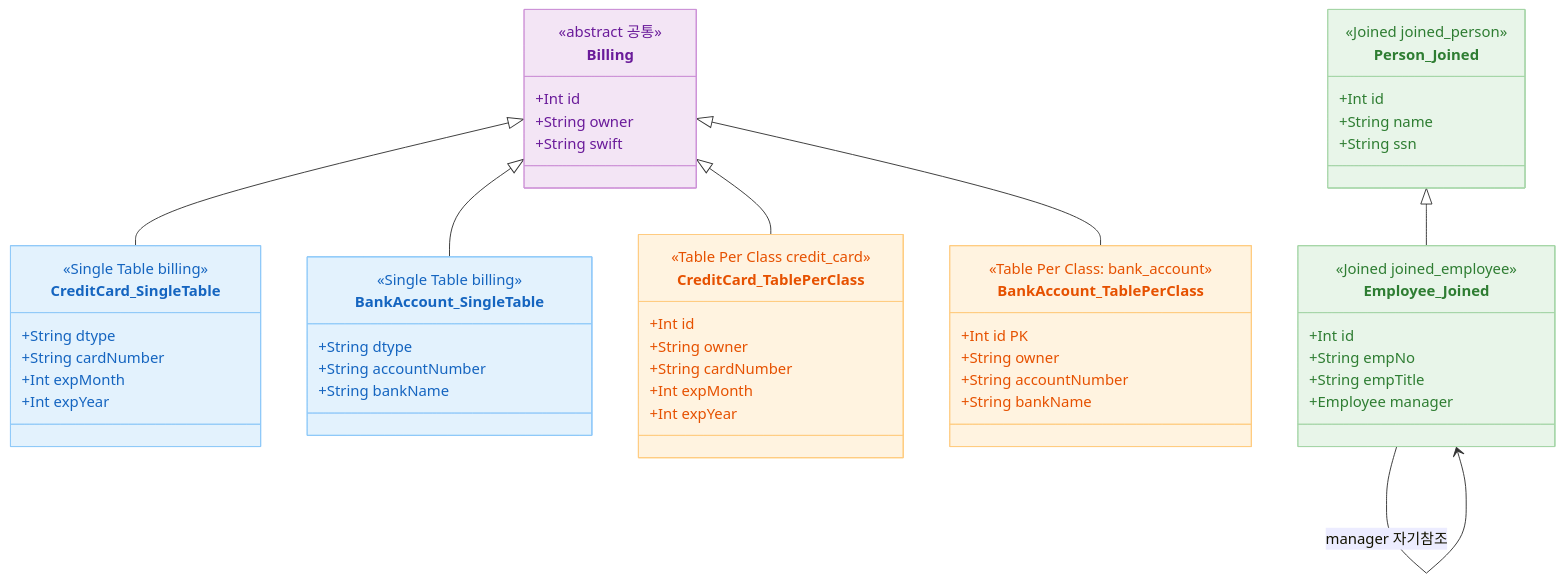
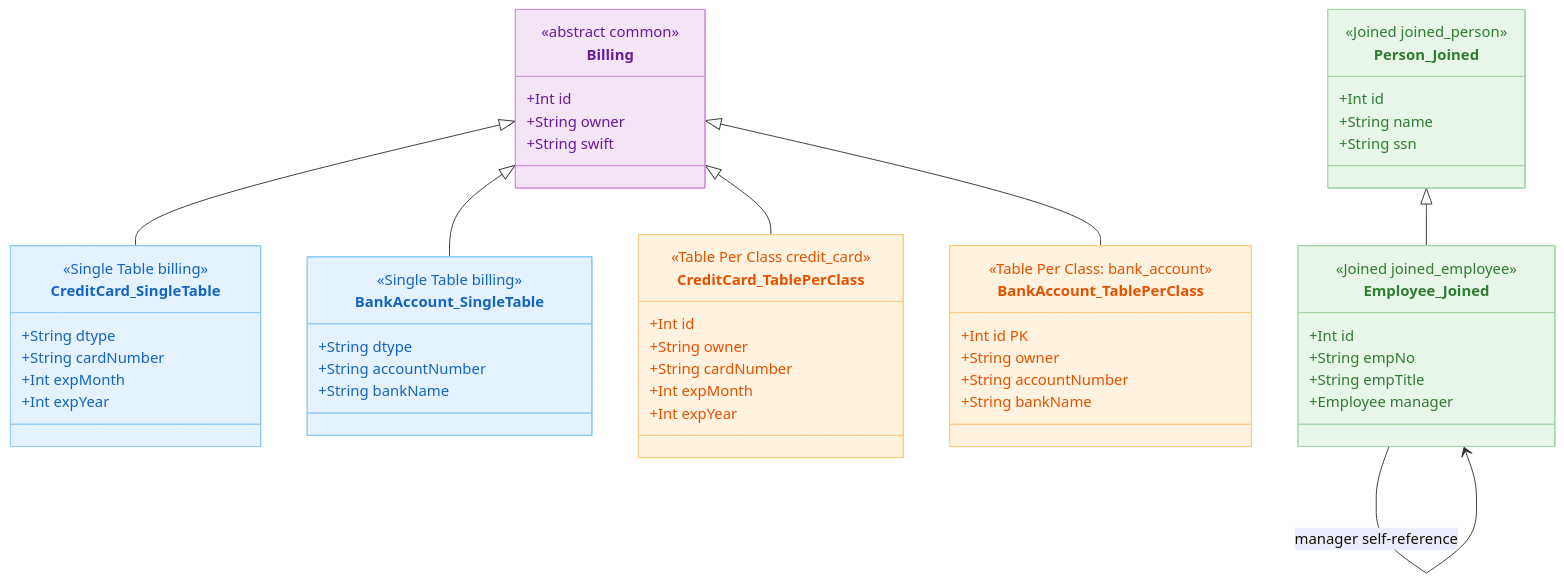
Before and after one commit to bluetape4k/exposed-workshop: the seventh of 7 diagrams in 07-jpa/02-convert-jpa-advanced/README.md, drawn with Mermaid. The commit also changed other lines of this file and 115 other files, not shown here.

````diff
--- a/07-jpa/02-convert-jpa-advanced/README.md
+++ b/07-jpa/02-convert-jpa-advanced/README.md
@@ -226,66 +228,66 @@
 ```mermaid
 classDiagram
     direction TD
     class Billing {
-        <<abstract 공통>>
+        <<abstract common>>
         +Int id
         +String owner
         +String swift
     }
     class CreditCard_SingleTable {
         <<Single Table billing>>
         +String dtype
         +String cardNumber
         +Int expMonth
         +Int expYear
     }
     class BankAccount_SingleTable {
         <<Single Table billing>>
         +String dtype
         +String accountNumber
         +String bankName
     }
     class Person_Joined {
         <<Joined joined_person>>
         +Int id
         +String name
         +String ssn
     }
     class Employee_Joined {
         <<Joined joined_employee>>
         +Int id
         +String empNo
         +String empTitle
         +Employee manager
     }
     class CreditCard_TablePerClass {
         <<Table Per Class credit_card>>
         +Int id
         +String owner
         +String cardNumber
         +Int expMonth
         +Int expYear
     }
     class BankAccount_TablePerClass {
         <<Table Per Class: bank_account>>
         +Int id PK
         +String owner
         +String accountNumber
         +String bankName
     }
 
     Billing <|-- CreditCard_SingleTable
     Billing <|-- BankAccount_SingleTable
     Person_Joined <|-- Employee_Joined
-    Employee_Joined --> Employee_Joined : manager 자기참조
+    Employee_Joined --> Employee_Joined : manager self-reference
     Billing <|-- CreditCard_TablePerClass
     Billing <|-- BankAccount_TablePerClass
 
     style Billing fill:#F3E5F5,stroke:#CE93D8,color:#6A1B9A
     style CreditCard_SingleTable fill:#E3F2FD,stroke:#90CAF9,color:#1565C0
     style BankAccount_SingleTable fill:#E3F2FD,stroke:#90CAF9,color:#1565C0
     style Person_Joined fill:#E8F5E9,stroke:#A5D6A7,color:#2E7D32
     style Employee_Joined fill:#E8F5E9,stroke:#A5D6A7,color:#2E7D32
     style CreditCard_TablePerClass fill:#FFF3E0,stroke:#FFCC80,color:#E65100
     style BankAccount_TablePerClass fill:#FFF3E0,stroke:#FFCC80,color:#E65100
 ```
````
